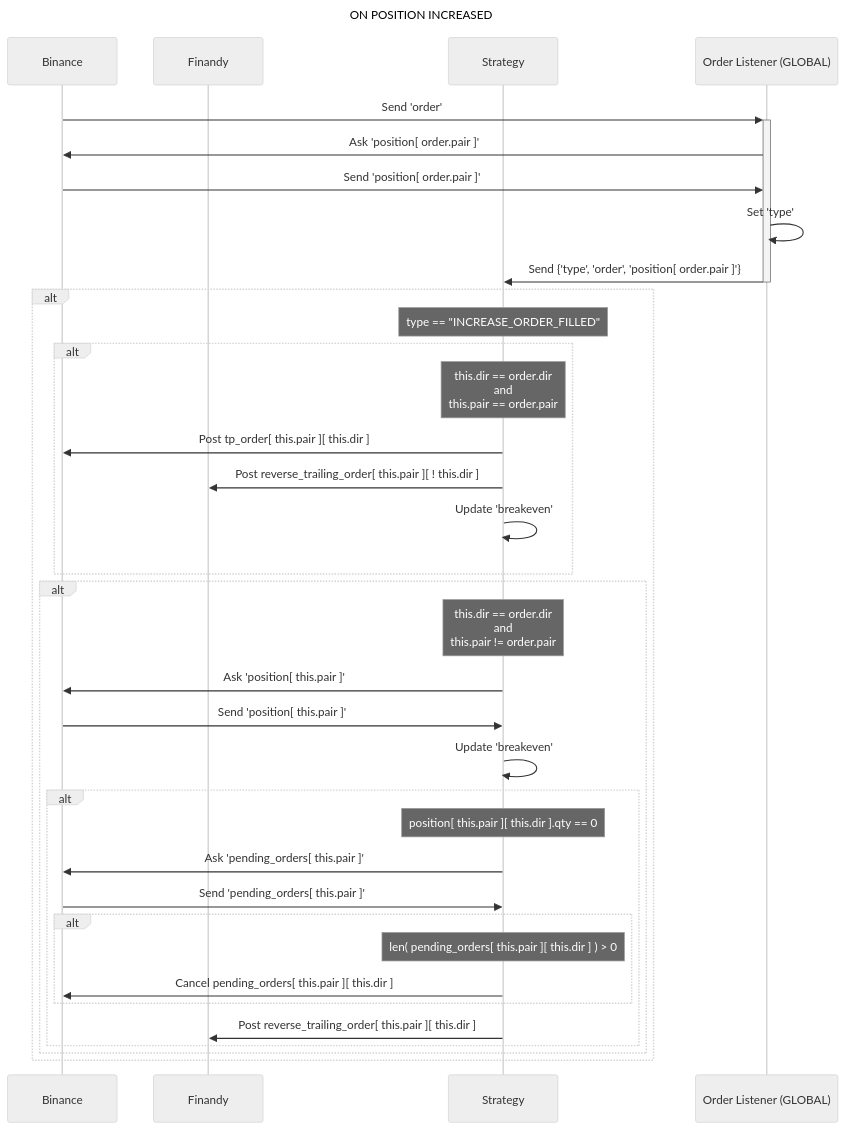
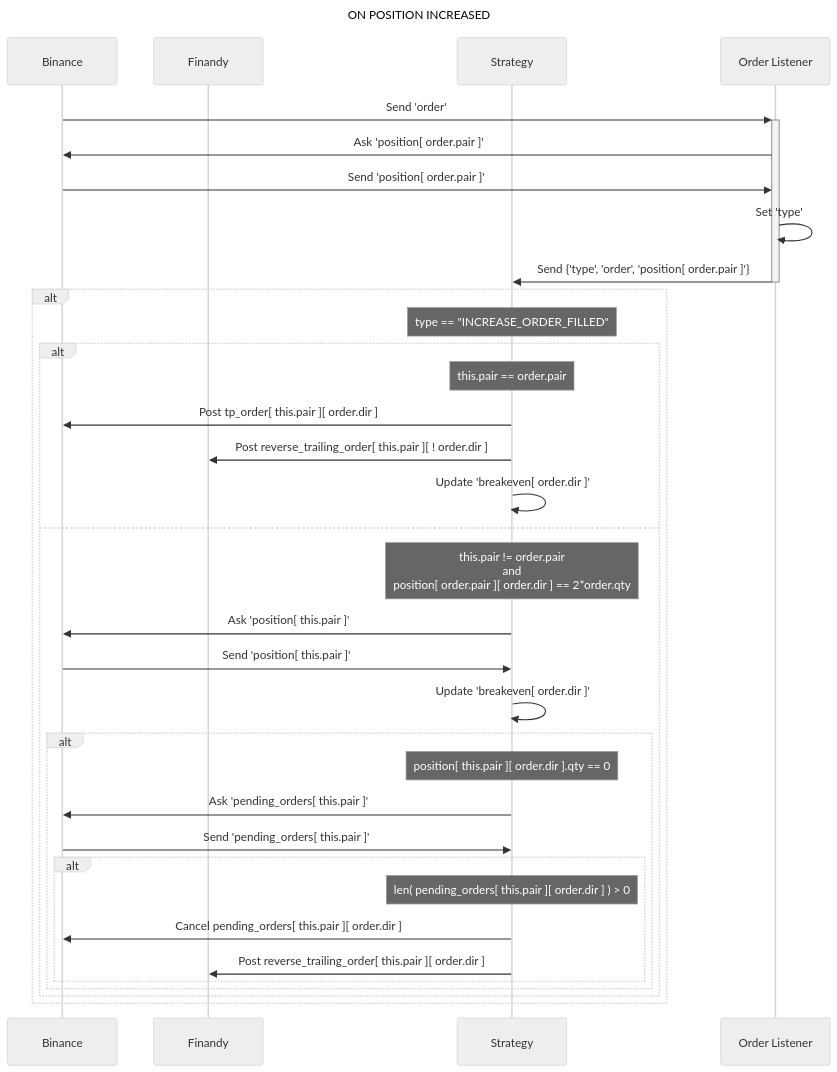
One commit to dfrankmv/binance-cyd changed the diagram in diagrams/on_position_increased.mmd. Above: the diagram before and after it, drawn with Mermaid (neutral theme). The commit also changed 17 other files, not shown here.

```diff
--- a/diagrams/on_position_increased.mmd
+++ b/diagrams/on_position_increased.mmd
@@ -1,40 +1,38 @@
 sequenceDiagram
 
 title ON POSITION INCREASED
 
 participant BIN as Binance
 participant FIN as Finandy
 participant STG as Strategy
-participant OLS as Order Listener (GLOBAL)
+participant OLS as Order Listener
 
 BIN ->>+ OLS: Send 'order'
 OLS ->>  BIN: Ask 'position[ order.pair ]'
 BIN ->>  OLS: Send 'position[ order.pair ]'
 OLS ->>  OLS: Set 'type'
 OLS ->>- STG: Send {'type', 'order', 'position[ order.pair ]'}
 alt 
     Note over STG: type == "INCREASE_ORDER_FILLED"
     alt
-        Note over STG: this.dir == order.dir <br> and <br> this.pair == order.pair
-        STG ->> BIN: Post tp_order[ this.pair ][ this.dir ]
-        STG ->> FIN: Post reverse_trailing_order[ this.pair ][ ! this.dir ]
-        STG ->> STG: Update 'breakeven'
-    end
-    alt
-        Note over STG: this.dir == order.dir <br> and <br> this.pair != order.pair
+        Note over STG: this.pair == order.pair
+        STG ->> BIN: Post tp_order[ this.pair ][ order.dir ]
+        STG ->> FIN: Post reverse_trailing_order[ this.pair ][ ! order.dir ]
+        STG ->> STG: Update 'breakeven[ order.dir ]'
+    else
+        Note over STG: this.pair != order.pair <br> and <br> position[ order.pair ][ order.dir ] == 2*order.qty 
         STG ->> BIN: Ask 'position[ this.pair ]'
         BIN ->> STG: Send 'position[ this.pair ]'
-        STG ->> STG: Update 'breakeven'
+        STG ->> STG: Update 'breakeven[ order.dir ]'
         alt
-            Note over STG: position[ this.pair ][ this.dir ].qty == 0
+            Note over STG: position[ this.pair ][ order.dir ].qty == 0
             STG ->> BIN: Ask 'pending_orders[ this.pair ]'
             BIN ->> STG: Send 'pending_orders[ this.pair ]'
             alt
-                Note over STG: len( pending_orders[ this.pair ][ this.dir ] ) > 0
-                STG ->> BIN: Cancel pending_orders[ this.pair ][ this.dir ]
-
+                Note over STG: len( pending_orders[ this.pair ][ order.dir ] ) > 0
+                STG ->> BIN: Cancel pending_orders[ this.pair ][ order.dir ]
+                STG ->> FIN: Post reverse_trailing_order[ this.pair ][ order.dir ]
             end
-            STG ->> FIN: Post reverse_trailing_order[ this.pair ][ this.dir ]
         end
     end 
 end
```
